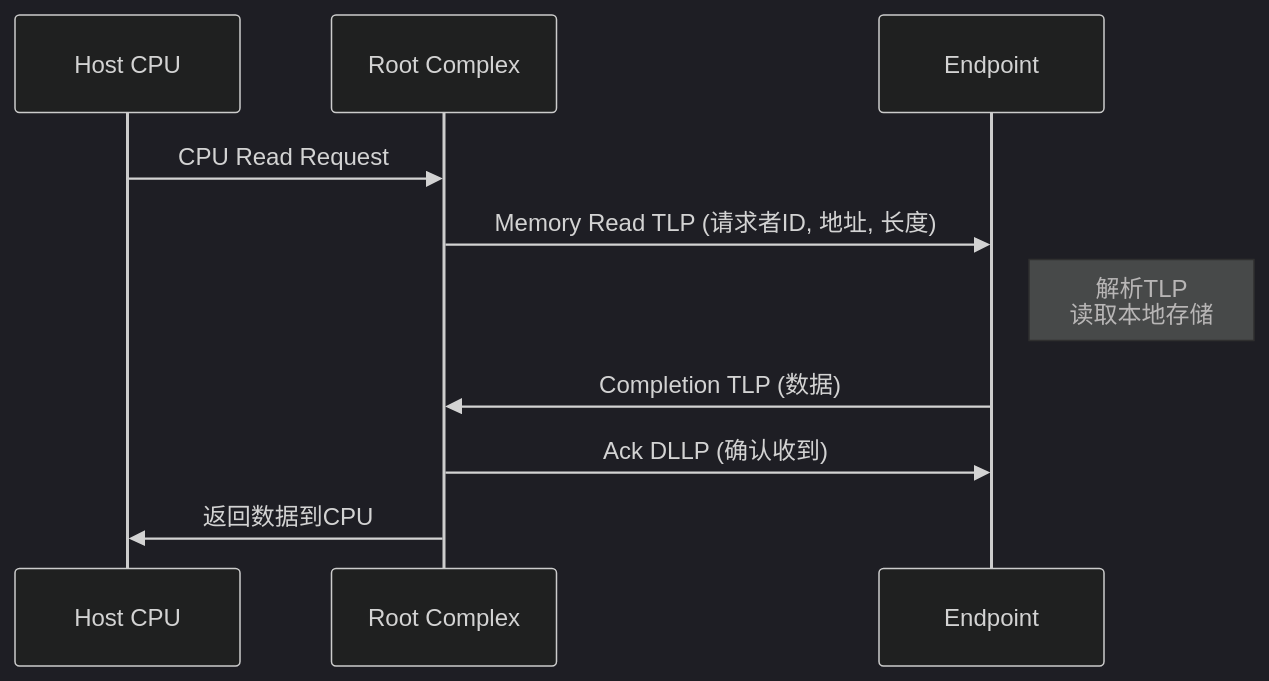
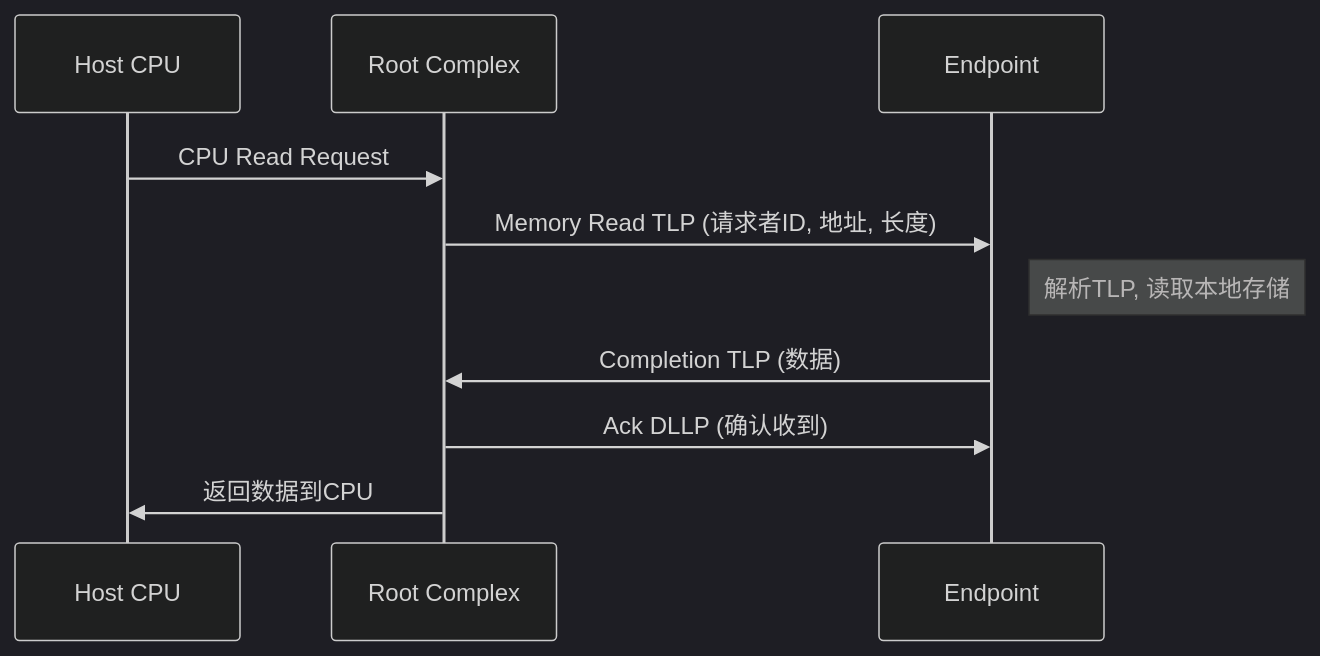
One commit to carlvinhust2012/MyStudy changed the seventh of 20 diagrams in AI Infra相关/hardware/pcie总线时序分析.md. Above: the diagram before and after it, drawn with Mermaid (dark theme). The commit also changed other lines of this file, not shown here.

````diff
--- a/AI Infra相关/hardware/pcie总线时序分析.md
+++ b/AI Infra相关/hardware/pcie总线时序分析.md
@@ -183,15 +317,15 @@
 ```mermaid
 sequenceDiagram
     participant Host as Host CPU
     participant RC as Root Complex
     participant EP as Endpoint
 
     Host->>RC: CPU Read Request
     RC->>EP: Memory Read TLP (请求者ID, 地址, 长度)
 
-    Note right of EP: 解析TLP<br/>读取本地存储
+    Note right of EP: 解析TLP, 读取本地存储
 
     EP->>RC: Completion TLP (数据)
     RC->>EP: Ack DLLP (确认收到)
     RC->>Host: 返回数据到CPU
 ```
````
